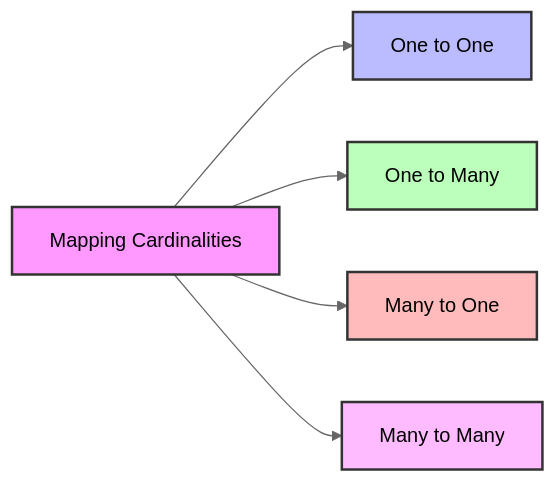
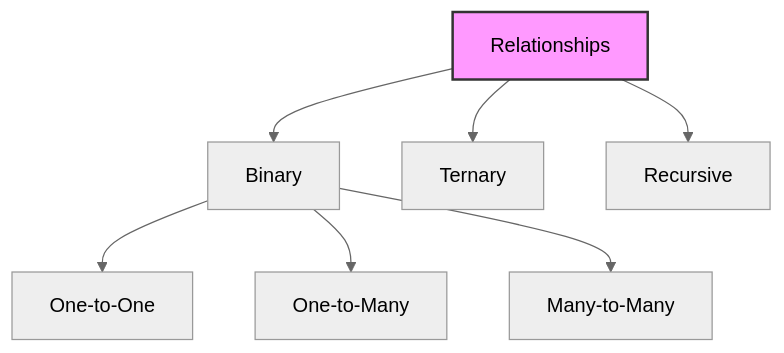
One commit to fistasolutions/learn-database-unicorndevelopers changed the fifth of 12 diagrams in 04datamodels.md. Above: the diagram before and after it, drawn with Mermaid (neutral theme). The commit also changed other lines of this file, not shown here.

````diff
--- a/04datamodels.md
+++ b/04datamodels.md
@@ -73,12 +142,10 @@
 ```mermaid
-graph LR
-    A[Mapping Cardinalities] --> B[One to One]
-    A --> C[One to Many]
-    A --> D[Many to One]
-    A --> E[Many to Many]
+graph TD
+    A[Relationships] --> B[Binary]
+    A --> C[Ternary]
+    A --> D[Recursive]
+    B --> E[One-to-One]
+    B --> F[One-to-Many]
+    B --> G[Many-to-Many]
     style A fill:#f9f,stroke:#333,stroke-width:2px
-    style B fill:#bbf,stroke:#333,stroke-width:2px
-    style C fill:#bfb,stroke:#333,stroke-width:2px
-    style D fill:#fbb,stroke:#333,stroke-width:2px
-    style E fill:#fbf,stroke:#333,stroke-width:2px
 ```
````
